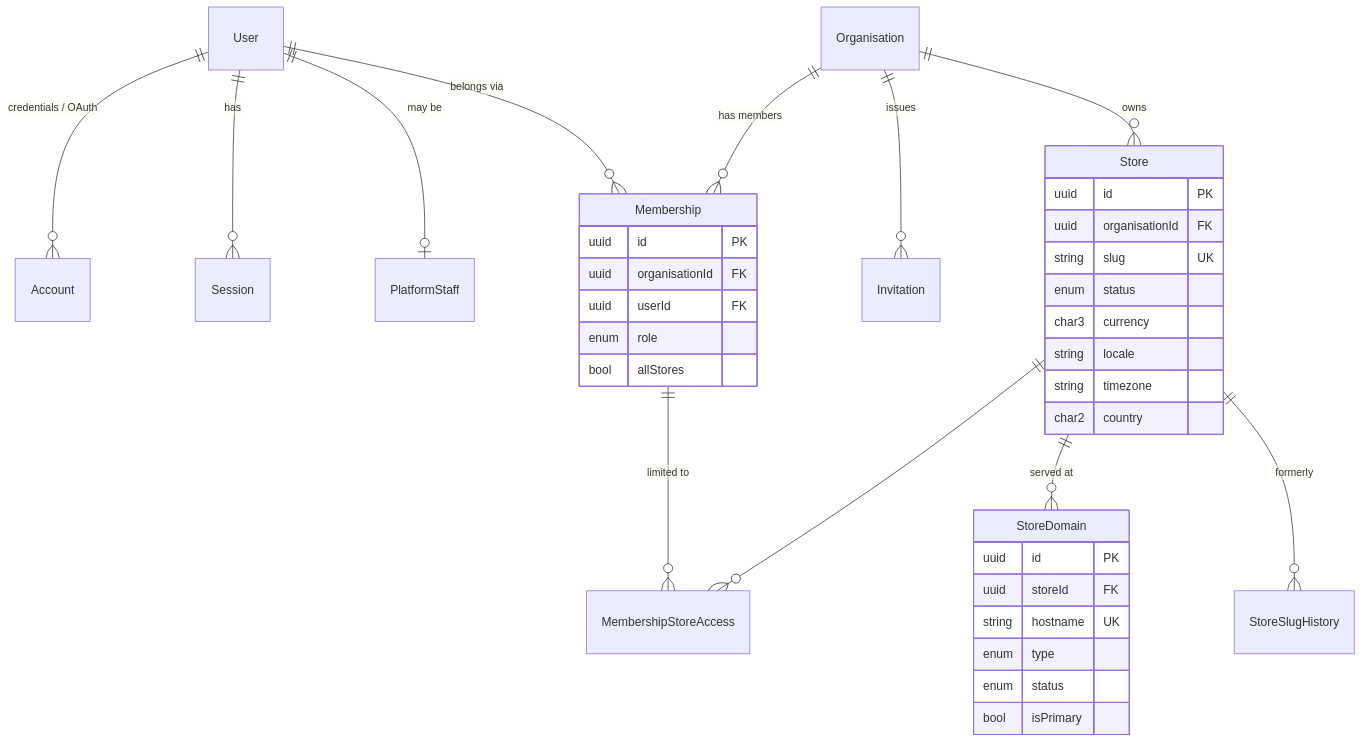
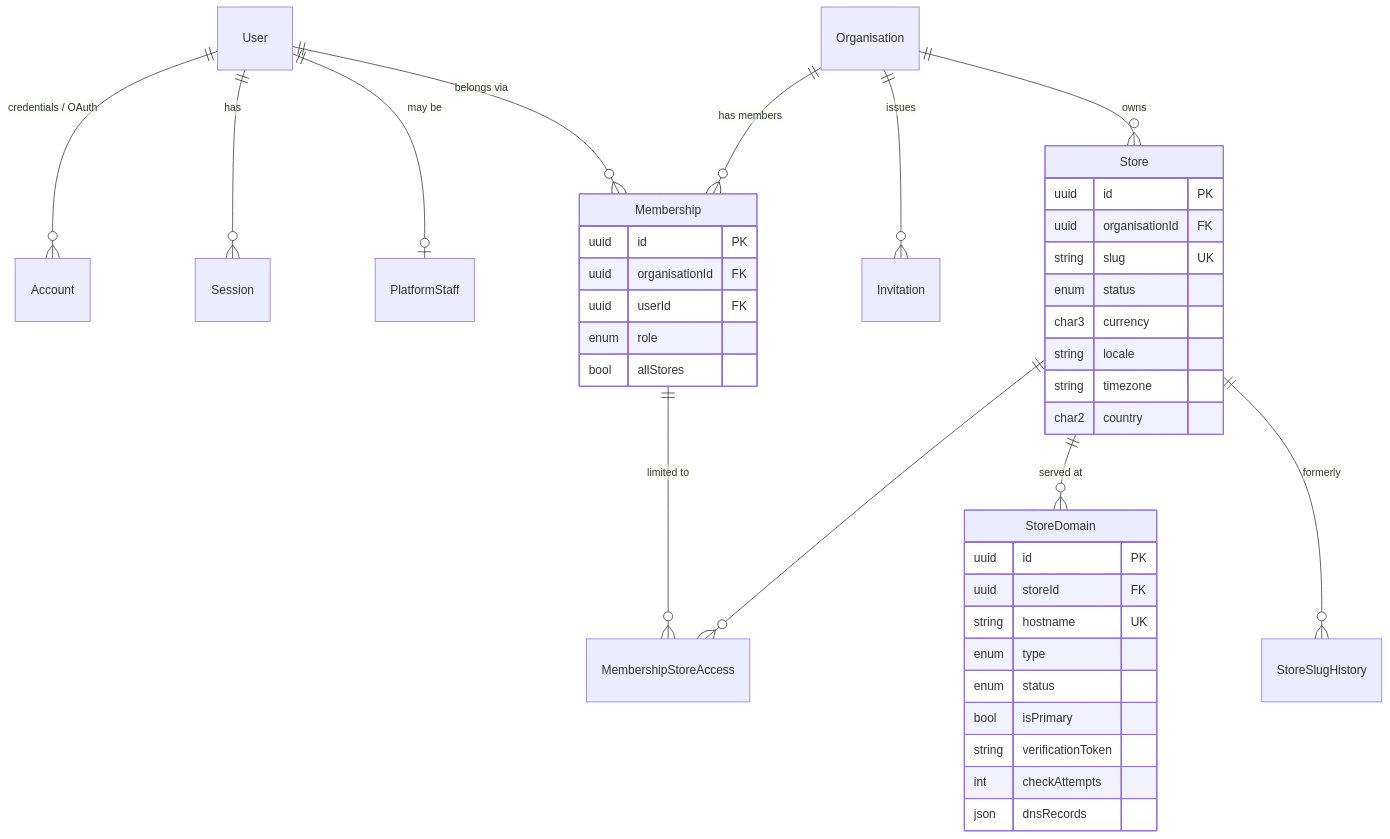
Before and after one commit to pixfortech/storevia: the first of 5 diagrams in docs/database/erd.md, drawn with Mermaid. The commit also changed 16 other files, not shown here.

````diff
--- a/docs/database/erd.md
+++ b/docs/database/erd.md
@@ -75,40 +75,43 @@
 ```mermaid
 erDiagram
   User ||--o{ Account : "credentials / OAuth"
   User ||--o{ Session : "has"
   User ||--o| PlatformStaff : "may be"
   User ||--o{ Membership : "belongs via"
   Organisation ||--o{ Membership : "has members"
   Organisation ||--o{ Invitation : "issues"
   Organisation ||--o{ Store : "owns"
   Membership ||--o{ MembershipStoreAccess : "limited to"
   Store ||--o{ MembershipStoreAccess : ""
   Store ||--o{ StoreDomain : "served at"
   Store ||--o{ StoreSlugHistory : "formerly"
 
   Membership {
     uuid id PK
     uuid organisationId FK
     uuid userId FK
     enum role
     bool allStores
   }
   Store {
     uuid id PK
     uuid organisationId FK
     string slug UK
     enum status
     char3 currency
     string locale
     string timezone
     char2 country
   }
   StoreDomain {
     uuid id PK
     uuid storeId FK
     string hostname UK
     enum type
     enum status
     bool isPrimary
+    string verificationToken
+    int checkAttempts
+    json dnsRecords
   }
 ```
````
